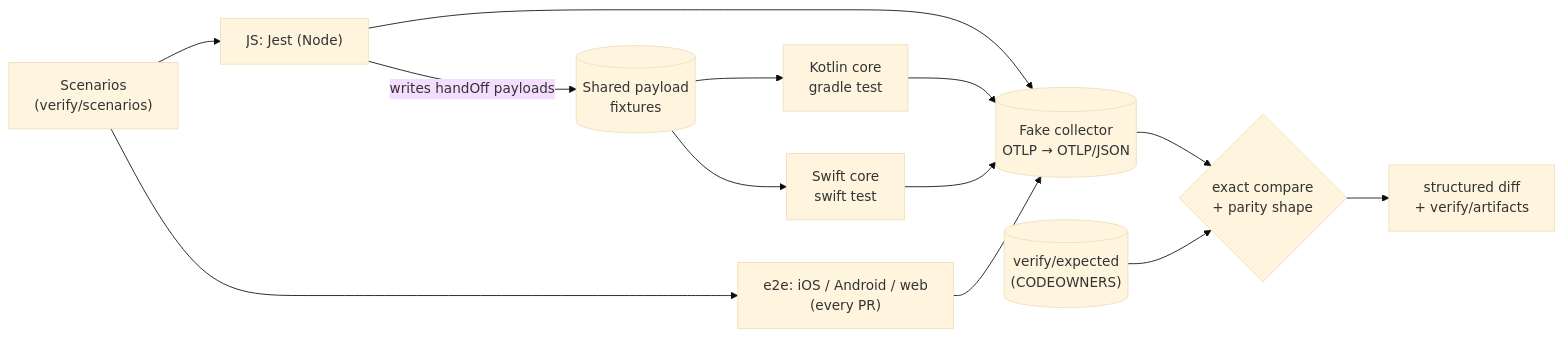
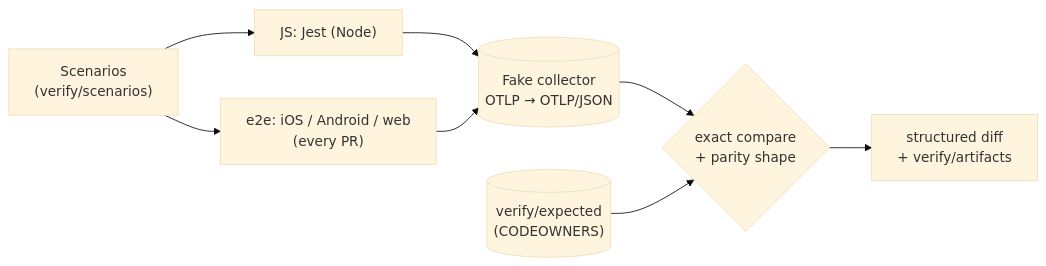
The fourth of 5 diagrams in docs/superpowers/specs/2026-11-10-rn-otel-design.md (callstack/react-native-open-telemetry), drawn with Mermaid (base theme) before and after one commit. The commit also changed other lines of this file and 3 other files, not shown here.

````diff
--- a/docs/superpowers/specs/2026-11-10-rn-otel-design.md
+++ b/docs/superpowers/specs/2026-11-10-rn-otel-design.md
@@ -702,15 +698,10 @@
 ```mermaid
 flowchart LR
   sc["Scenarios<br/>(verify/scenarios)"] --> js["JS: Jest (Node)"]
-  js -- "writes handOff payloads" --> fx[("Shared payload<br/>fixtures")]
-  fx --> kt["Kotlin core<br/>gradle test"]
-  fx --> sw["Swift core<br/>swift test"]
   sc --> e2e["e2e: iOS / Android / web<br/>(every PR)"]
   js --> fc
-  kt --> fc
-  sw --> fc
   e2e --> fc
   fc[("Fake collector<br/>OTLP → OTLP/JSON")] --> cmp{"exact compare<br/>+ parity shape"}
   exp[("verify/expected<br/>(CODEOWNERS)")] --> cmp
   cmp --> out["structured diff<br/>+ verify/artifacts"]
 ```
````
